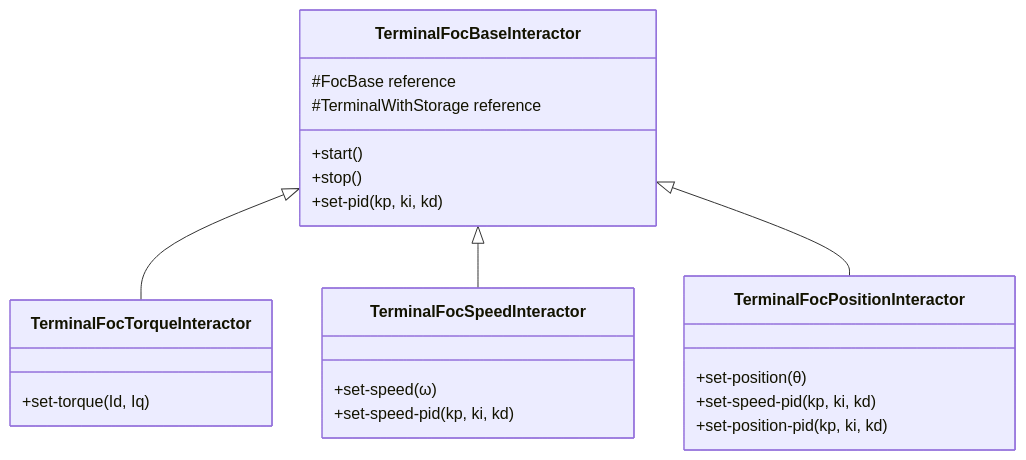
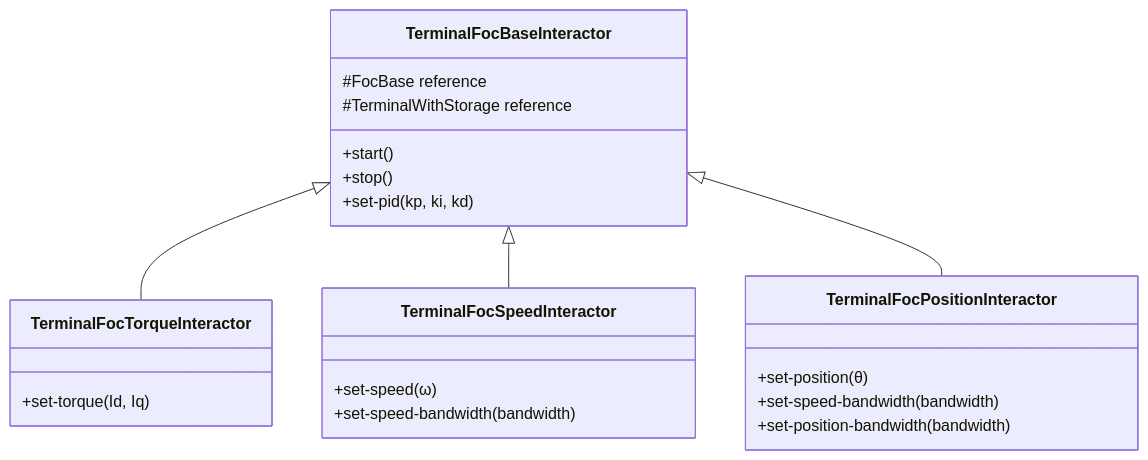
One commit to embedded-pro/e-foc changed the first of 3 diagrams in documentation/design/service-cli.md. Above: the diagram before and after it, drawn with Mermaid. The commit also changed other lines of this file and 6 other files, not shown here.

First line of the commit message:
docs: describe bandwidth-based tuning instead of raw PID gains

````diff
--- a/documentation/design/service-cli.md
+++ b/documentation/design/service-cli.md
@@ -52,26 +52,26 @@
 ```mermaid
 classDiagram
     class TerminalFocBaseInteractor {
         +start()
         +stop()
         +set-pid(kp, ki, kd)
         #FocBase reference
         #TerminalWithStorage reference
     }
     class TerminalFocTorqueInteractor {
         +set-torque(Id, Iq)
     }
     class TerminalFocSpeedInteractor {
         +set-speed(ω)
-        +set-speed-pid(kp, ki, kd)
+        +set-speed-bandwidth(bandwidth)
     }
     class TerminalFocPositionInteractor {
         +set-position(θ)
-        +set-speed-pid(kp, ki, kd)
-        +set-position-pid(kp, ki, kd)
+        +set-speed-bandwidth(bandwidth)
+        +set-position-bandwidth(bandwidth)
     }
 
     TerminalFocBaseInteractor <|-- TerminalFocTorqueInteractor
     TerminalFocBaseInteractor <|-- TerminalFocSpeedInteractor
     TerminalFocBaseInteractor <|-- TerminalFocPositionInteractor
 ```
````
